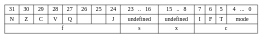
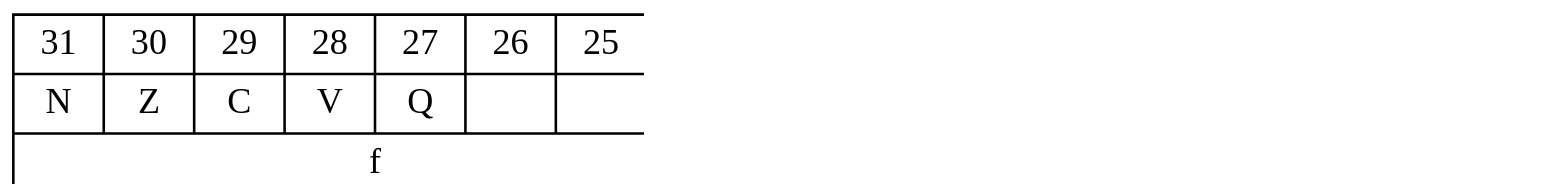
The first of 2 diagrams in source/_posts/shadow_register.org (kopinions/pututu), drawn with Graphviz before and after one commit. The commit also changed other lines of this file, not shown here.

```diff
--- a/source/_posts/shadow_register.org
+++ b/source/_posts/shadow_register.org
@@ -119,6 +120,7 @@
       #+BEGIN_SRC dot :post attr(width="800", data=*this*) :results drawer
         digraph G {
             rankdir="BT"
+            dpi = 180
             bits [ shape=record label="{{{31|N}|{30|Z}|{29|C}|{28|V}|{27|Q}|{26|\ }|{25|\ }|{24|J}}|f}|{{{23\ \ \ ..\ \ \ 16|undefined }}|s}|{{{15\ \ \ ..\ \ \ 8|undefined}}|x}|{{{7|I}|{6|F}|{5|T}|{4\ \ \ ...\ \ \ 0|mode}}|c}"]
         }
       #+END_SRC
```
